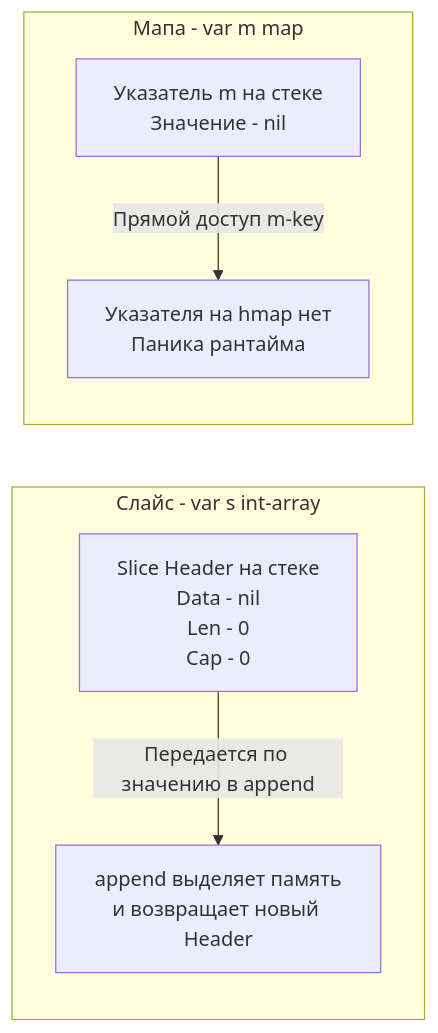
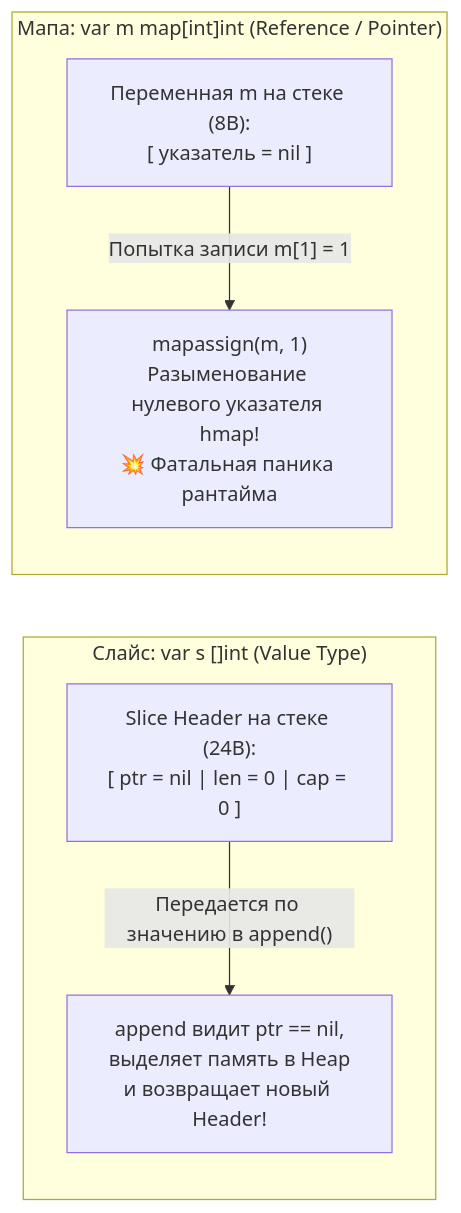
One commit to UnrealTemplier/go-textbook changed the diagram in sources/4. История и философия Go/20. Zero Value как часть дизайна языка.md. Above: the diagram before and after it, drawn with Mermaid. The commit also changed other lines of this file, not shown here.

Commit message:
feat(module-04): editorial rewrite of Lecture 20 (Zero Value as part of language design) in Kernighan style

````diff
--- a/sources/4. История и философия Go/20. Zero Value как часть дизайна языка.md
+++ b/sources/4. История и философия Go/20. Zero Value как часть дизайна языка.md
@@ -68,9 +78,14 @@
 ```mermaid
 flowchart LR
-    subgraph ZERO_SLICE ["Слайс - var s int-array"]
-        A["Slice Header на стеке<br>Data - nil<br>Len - 0<br>Cap - 0"] -->|"Передается по значению в append"| B["append выделяет память<br>и возвращает новый Header"]
+    subgraph ZERO_SLICE ["Слайс: var s []int (Value Type)"]
+        direction TB
+        A["Slice Header на стеке (24B):<br>[ ptr = nil | len = 0 | cap = 0 ]"]
+        A -->|"Передается по значению в append()"| B["append видит ptr == nil,<br>выделяет память в Heap<br>и возвращает новый Header!"]
     end
-    subgraph ZERO_MAP ["Мапа - var m map"]
-        C["Указатель m на стеке<br>Значение - nil"] -->|"Прямой доступ m-key"| D["Указателя на hmap нет<br>Паника рантайма"]
+
+    subgraph ZERO_MAP ["Мапа: var m map[int]int (Reference / Pointer)"]
+        direction TB
+        C["Переменная m на стеке (8B):<br>[ указатель = nil ]"]
+        C -->|"Попытка записи m[1] = 1"| D["mapassign(m, 1)<br>Разыменование нулевого указателя hmap!<br>💥 Фатальная паника рантайма"]
     end
 ```
````
